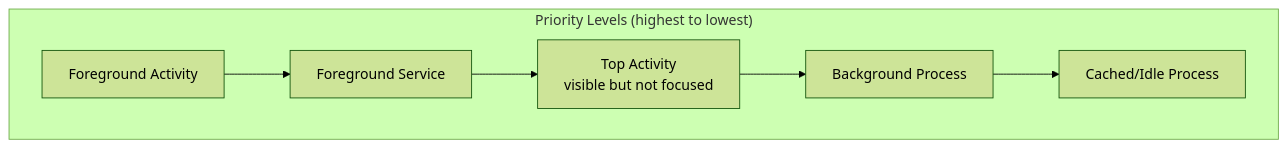
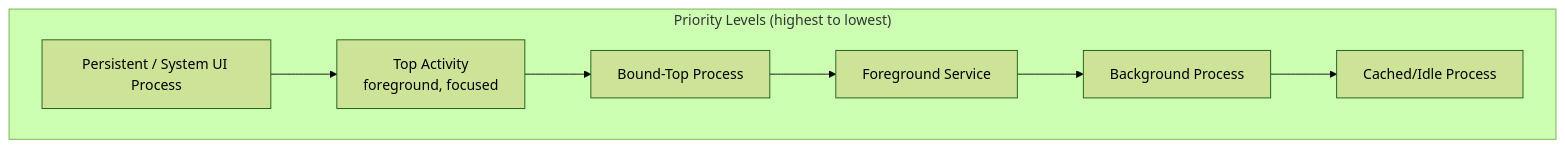
Before and after one commit to aospbooks/aosp-internal-book: diagram 19 of 29 in agents/claude/skills/aosp-native-services-and-media/12-native-services.md, drawn with Mermaid (forest theme). The commit also changed other lines of this file and 218 other files, not shown here.

````diff
--- a/agents/claude/skills/aosp-native-services-and-media/12-native-services.md
+++ b/agents/claude/skills/aosp-native-services-and-media/12-native-services.md
@@ -1724,15 +1794,17 @@
 ```mermaid
 graph TD
     subgraph "Priority Levels (highest to lowest)"
-        FG[Foreground Activity]
+        PERS["Persistent / System UI Process"]
+        TOP["Top Activity<br/>foreground, focused"]
+        BTOP[Bound-Top Process]
         FGS[Foreground Service]
-        TOP["Top Activity<br/>visible but not focused"]
         BG[Background Process]
         IDLE[Cached/Idle Process]
     end
 
-    FG --> FGS
-    FGS --> TOP
-    TOP --> BG
+    PERS --> TOP
+    TOP --> BTOP
+    BTOP --> FGS
+    FGS --> BG
     BG --> IDLE
 ```
````
